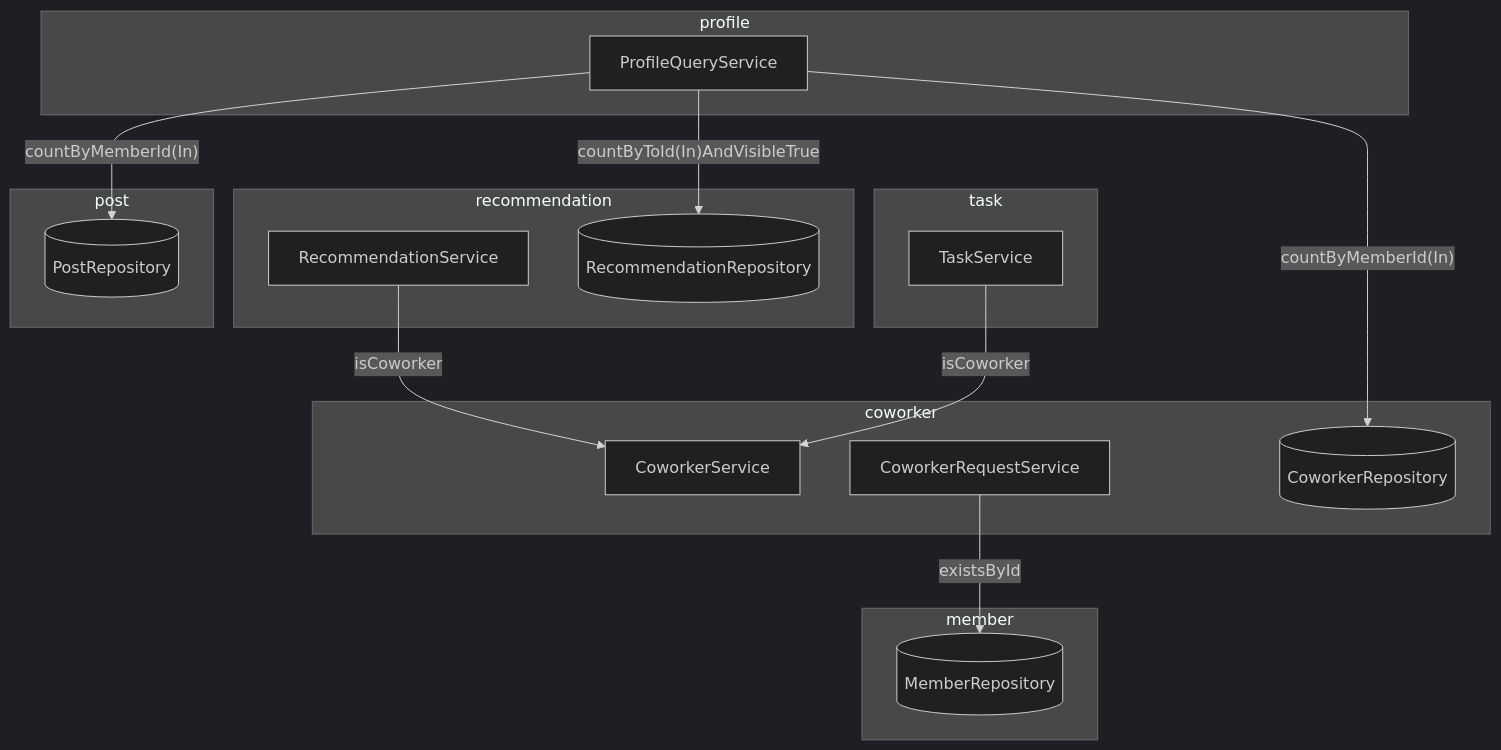
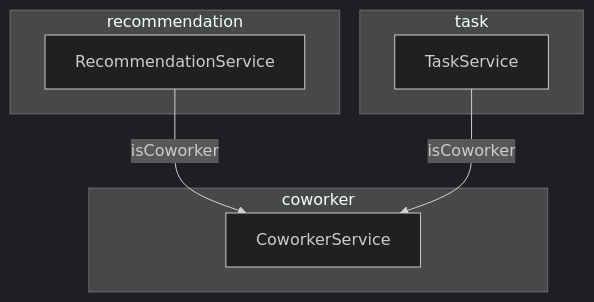
The sixth of 6 diagrams in apps/api/docs/project-structure.md (mortonCareer/bconnect), drawn with Mermaid (dark theme) before and after one commit. The commit also changed other lines of this file and 8 other files, not shown here.

````diff
--- a/apps/api/docs/project-structure.md
+++ b/apps/api/docs/project-structure.md
@@ -168,31 +168,14 @@
 ```mermaid
 graph TD
   subgraph recommendation
     RecS[RecommendationService]
-    RecRepo[(RecommendationRepository)]
   end
   subgraph coworker
     CowS[CoworkerService]
-    CowRS[CoworkerRequestService]
-    CowRepo[(CoworkerRepository)]
   end
   subgraph task
     TaskS[TaskService]
   end
-  subgraph profile
-    ProfQ[ProfileQueryService]
-  end
-  subgraph post
-    PostRepo[(PostRepository)]
-  end
-  subgraph member
-    MemRepo[(MemberRepository)]
-  end
-
   RecS -->|isCoworker| CowS
   TaskS -->|isCoworker| CowS
-  ProfQ -->|"countByMemberId(In)"| PostRepo
-  ProfQ -->|"countByToId(In)AndVisibleTrue"| RecRepo
-  ProfQ -->|"countByMemberId(In)"| CowRepo
-  CowRS -->|existsById| MemRepo
 ```
````
